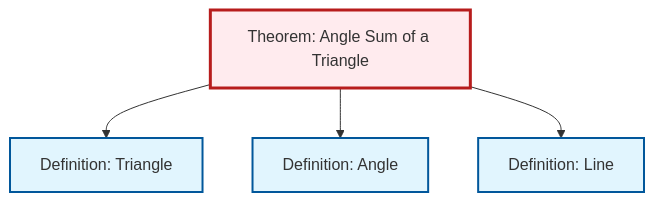
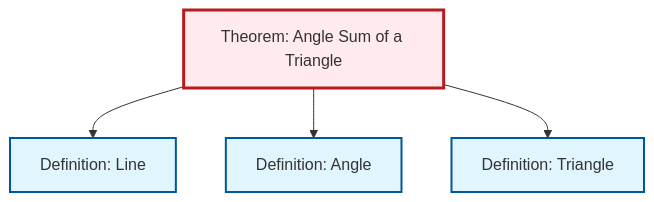
One commit to RK0429/ModernMath changed the diagram in content/ja/geometry/thm-angle-sum-triangle.qmd. Above: the diagram before and after it, drawn with Mermaid. The commit also changed other lines of this file and 434 other files, not shown here.

````diff
--- a/content/ja/geometry/thm-angle-sum-triangle.qmd
+++ b/content/ja/geometry/thm-angle-sum-triangle.qmd
@@ -58,20 +58,20 @@
 ```{mermaid}
 %%| fig-cap: "Local dependency graph"
 graph TD
     classDef definition fill:#e1f5fe,stroke:#01579b,stroke-width:2px
     classDef theorem fill:#f3e5f5,stroke:#4a148c,stroke-width:2px
     classDef axiom fill:#fff3e0,stroke:#e65100,stroke-width:2px
     classDef example fill:#e8f5e9,stroke:#1b5e20,stroke-width:2px
     classDef current fill:#ffebee,stroke:#b71c1c,stroke-width:3px
+    def-triangle["Definition: Triangle"]:::definition
     thm-angle-sum-triangle["Theorem: Angle Sum of a Triangle"]:::theorem
+    def-line["Definition: Line"]:::definition
     def-angle["Definition: Angle"]:::definition
-    def-line["Definition: Line"]:::definition
-    def-triangle["Definition: Triangle"]:::definition
+    thm-angle-sum-triangle --> def-line
+    thm-angle-sum-triangle --> def-angle
     thm-angle-sum-triangle --> def-triangle
-    thm-angle-sum-triangle --> def-angle
-    thm-angle-sum-triangle --> def-line
     class thm-angle-sum-triangle current
+    click def-triangle "def-triangle.html" "Definition: Triangleへ"
+    click def-line "def-line.html" "Definition: Lineへ"
     click def-angle "def-angle.html" "Definition: Angleへ"
-    click def-line "def-line.html" "Definition: Lineへ"
-    click def-triangle "def-triangle.html" "Definition: Triangleへ"
 ```
````
